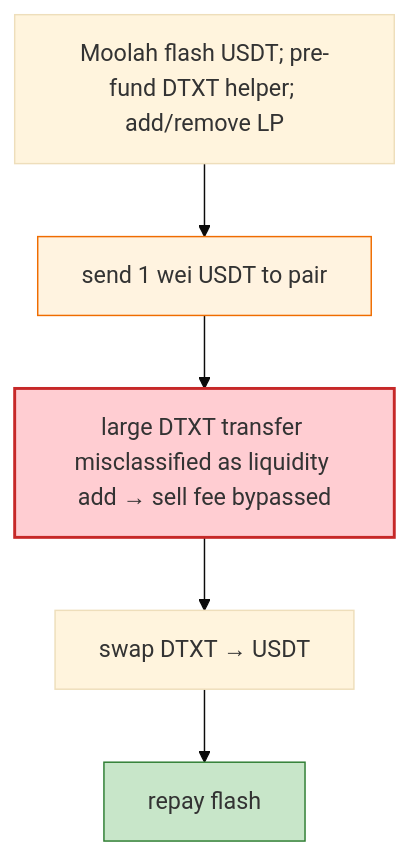
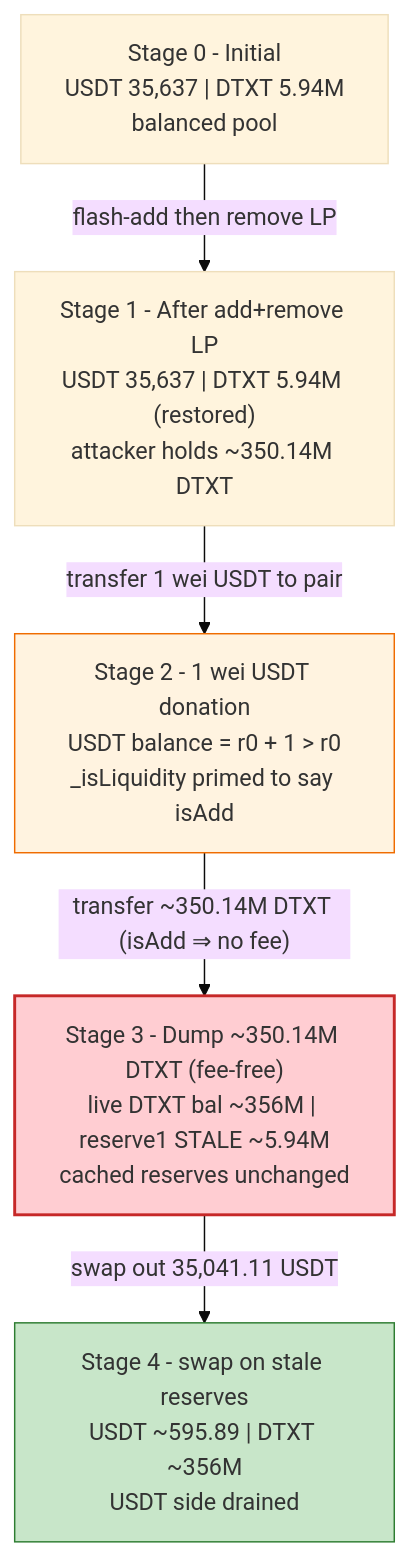
The second of 4 diagrams in 2026-06-DTXT_exp/DTXT_exp.md (sanbir/evm-hack-registry), drawn with Mermaid (base theme) before and after one commit. The commit also changed other lines of this file and 32 other files, not shown here.

````diff
--- a/2026-06-DTXT_exp/DTXT_exp.md
+++ b/2026-06-DTXT_exp/DTXT_exp.md
@@ -40,11 +337,17 @@
 ```mermaid
 flowchart TD
-    FL["Moolah flash USDT; pre-fund DTXT helper; add/remove LP"] --> W["send 1 wei USDT to pair"]
-    W --> M["large DTXT transfer misclassified as liquidity add → sell fee bypassed"]
-    M --> SW["swap DTXT → USDT"]
-    SW --> RP["repay flash"]
+    S0["Stage 0 - Initial<br/>USDT 35,637 | DTXT 5.94M<br/>balanced pool"]
+    S1["Stage 1 - After add+remove LP<br/>USDT 35,637 | DTXT 5.94M (restored)<br/>attacker holds ~350.14M DTXT"]
+    S2["Stage 2 - 1 wei USDT donation<br/>USDT balance = r0 + 1 > r0<br/>_isLiquidity primed to say isAdd"]
+    S3["Stage 3 - Dump ~350.14M DTXT (fee-free)<br/>live DTXT bal ~356M | reserve1 STALE ~5.94M<br/>cached reserves unchanged"]
+    S4["Stage 4 - swap on stale reserves<br/>USDT ~595.89 | DTXT ~356M<br/>USDT side drained"]
 
-    style W fill:#fff3e0,stroke:#ef6c00
-    style M fill:#ffcdd2,stroke:#c62828,stroke-width:2px
-    style RP fill:#c8e6c9,stroke:#2e7d32
+    S0 -->|"flash-add then remove LP"| S1
+    S1 -->|"transfer 1 wei USDT to pair"| S2
+    S2 -->|"transfer ~350.14M DTXT (isAdd ⇒ no fee)"| S3
+    S3 -->|"swap out 35,041.11 USDT"| S4
+
+    style S2 fill:#fff3e0,stroke:#ef6c00
+    style S3 fill:#ffcdd2,stroke:#c62828,stroke-width:2px
+    style S4 fill:#c8e6c9,stroke:#2e7d32
 ```
````
